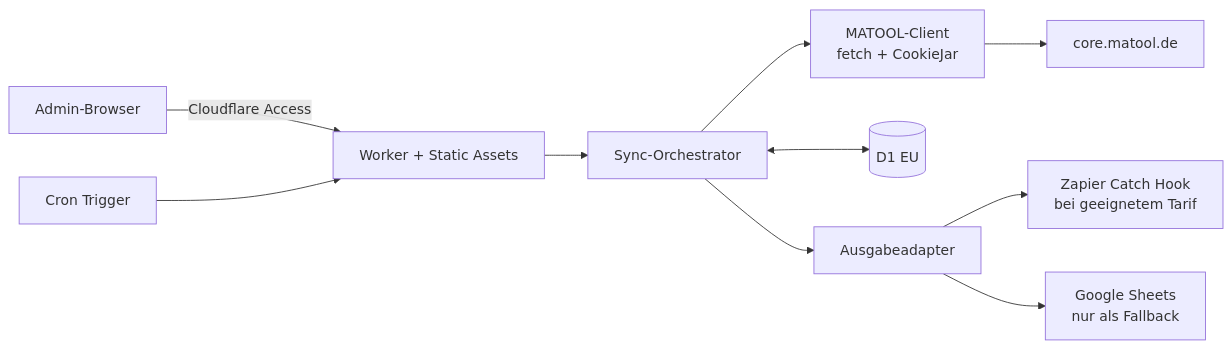
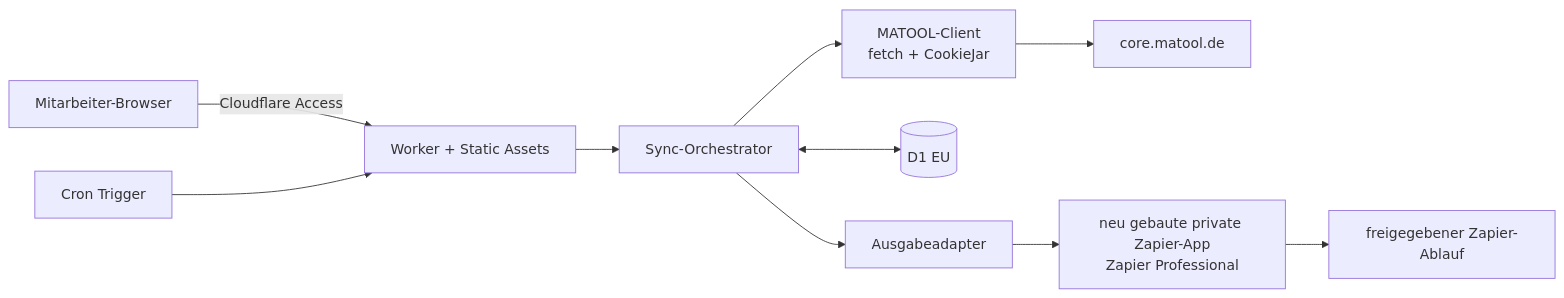
The first of 2 diagrams in docs/architecture.md (KwonRoSportschule/matool-automatisierung), drawn with Mermaid before and after one commit. The commit also changed other lines of this file and 43 other files, not shown here.

Commit message:
Update pilot scope and confirm dashboard architecture

````diff
--- a/docs/architecture.md
+++ b/docs/architecture.md
@@ -21,12 +23,12 @@
 ```mermaid
 flowchart LR
-    A["Admin-Browser"] -->|Cloudflare Access| W["Worker + Static Assets"]
+    A["Mitarbeiter-Browser"] -->|Cloudflare Access| W["Worker + Static Assets"]
     C["Cron Trigger"] --> W
     W --> S["Sync-Orchestrator"]
     S --> M["MATOOL-Client<br/>fetch + CookieJar"]
     M --> H["core.matool.de"]
     S <--> D[("D1 EU")]
     S --> O["Ausgabeadapter"]
-    O --> Z["Zapier Catch Hook<br/>bei geeignetem Tarif"]
-    O --> G["Google Sheets<br/>nur als Fallback"]
+    O --> Z["neu gebaute private Zapier-App<br/>Zapier Professional"]
+    Z --> P["freigegebener Zapier-Ablauf"]
 ```
````
